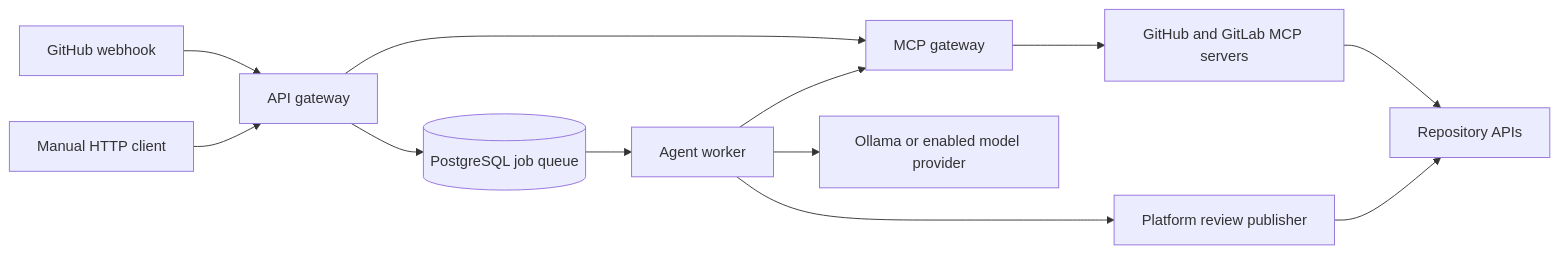
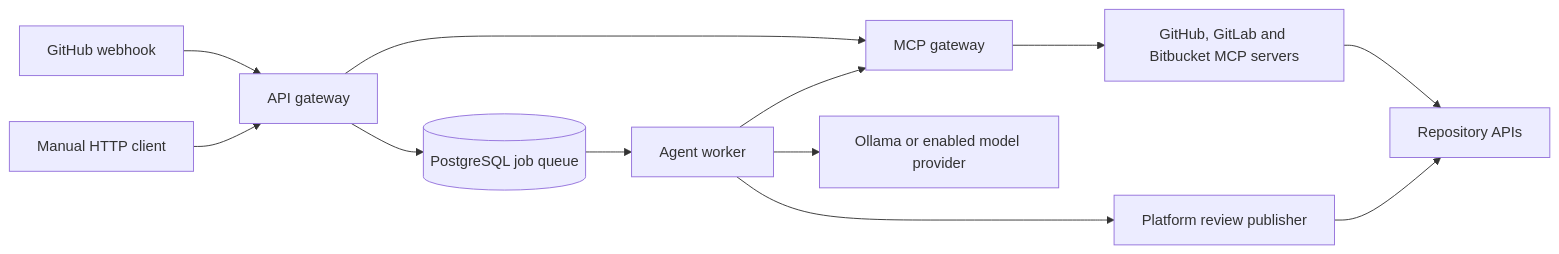
One commit to cleisommais/mcp-api-gateway changed the first of 2 diagrams in architecture.md. Above: the diagram before and after it, drawn with Mermaid. The commit also changed other lines of this file and 48 other files, not shown here.

````diff
--- a/architecture.md
+++ b/architecture.md
@@ -29,14 +29,14 @@
 ```mermaid
 flowchart LR
     GH[GitHub webhook] --> API[API gateway]
     User[Manual HTTP client] --> API
     API --> DB[(PostgreSQL job queue)]
     API --> MCP[MCP gateway]
     DB --> Worker[Agent worker]
     Worker --> MCP
-    MCP --> Servers[GitHub and GitLab MCP servers]
+    MCP --> Servers[GitHub, GitLab and Bitbucket MCP servers]
     Servers --> Platforms[Repository APIs]
     Worker --> Model[Ollama or enabled model provider]
     Worker --> Publisher[Platform review publisher]
     Publisher --> Platforms
 ```
````
